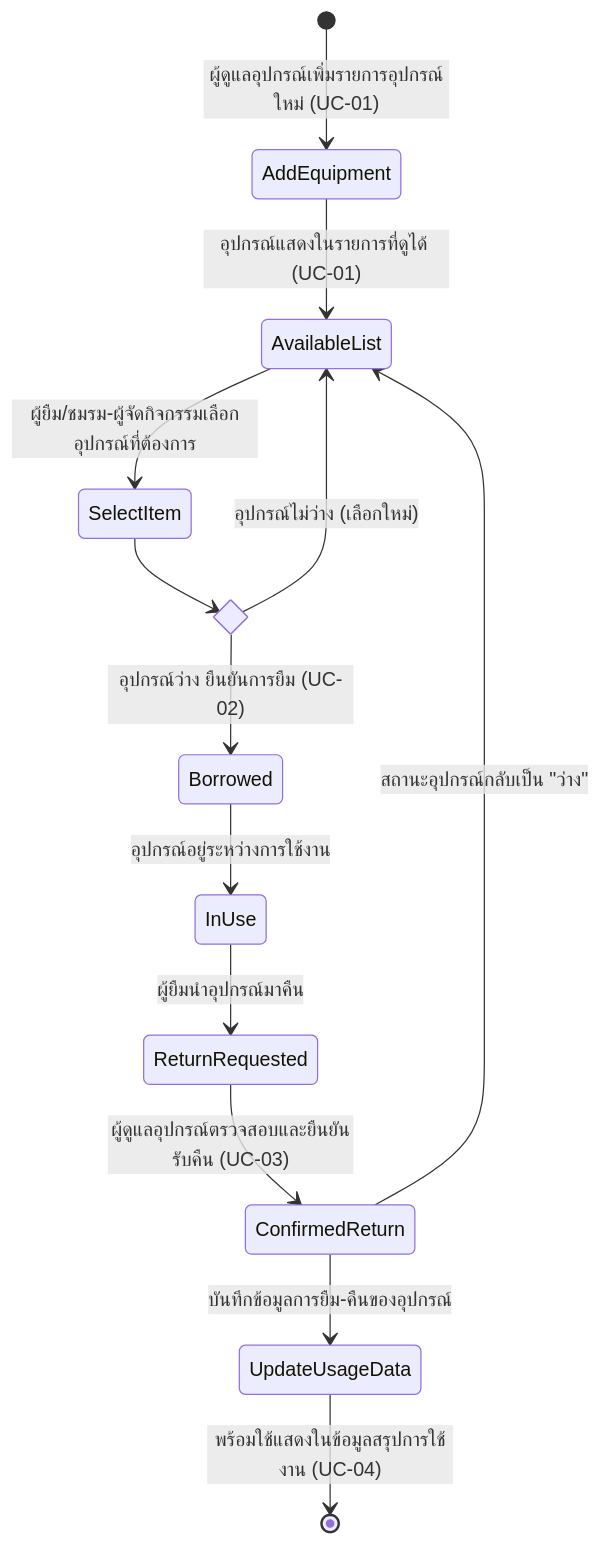
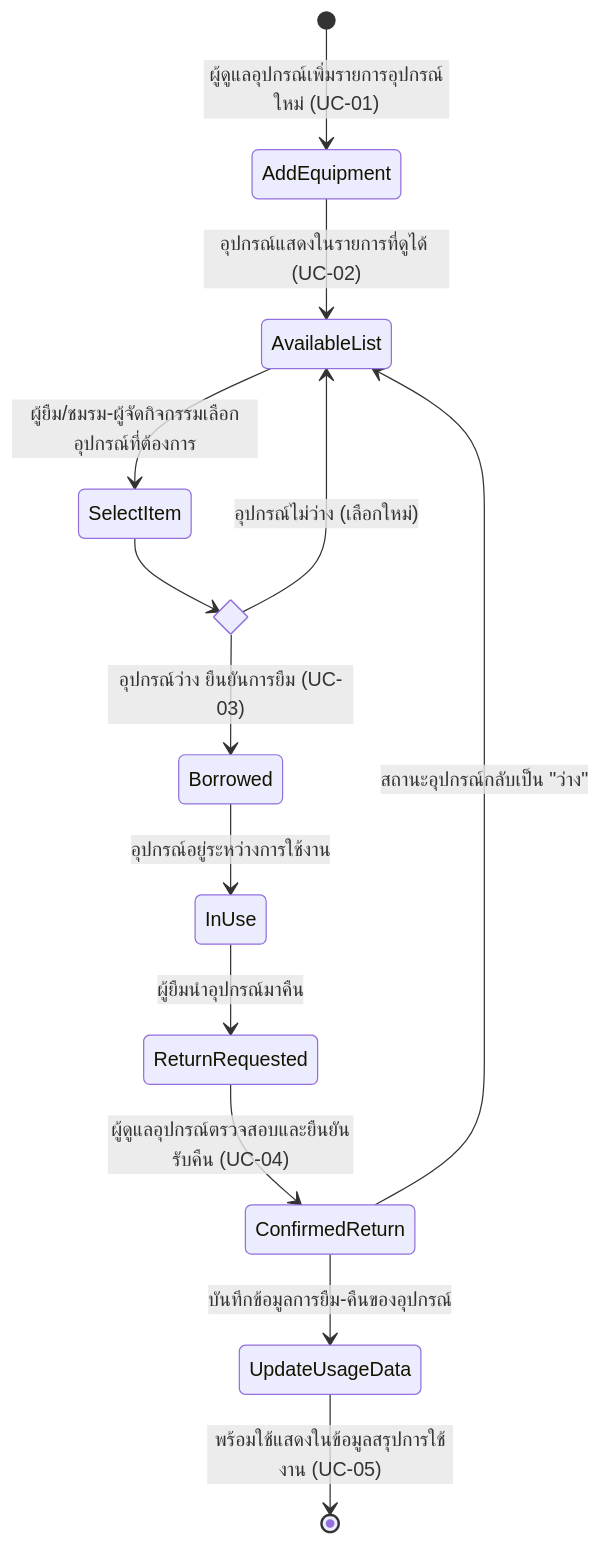
Before and after one commit to sinrawat/ENGSE206-Group08-sports-equipment-borrowing: the diagram in docs/06-requirement-models-v2.md, drawn with Mermaid. The commit also changed other lines of this file and 14 other files, not shown here.

````diff
--- a/docs/06-requirement-models-v2.md
+++ b/docs/06-requirement-models-v2.md
@@ -144,21 +157,21 @@
 ```mermaid
 stateDiagram-v2
     [*] --> AddEquipment: ผู้ดูแลอุปกรณ์เพิ่มรายการอุปกรณ์ใหม่ (UC-01)
-    AddEquipment --> AvailableList: อุปกรณ์แสดงในรายการที่ดูได้ (UC-01)
+    AddEquipment --> AvailableList: อุปกรณ์แสดงในรายการที่ดูได้ (UC-02)
 
     AvailableList --> SelectItem: ผู้ยืม/ชมรม-ผู้จัดกิจกรรมเลือกอุปกรณ์ที่ต้องการ
 
     state IsAvailable <<choice>>
     SelectItem --> IsAvailable
     IsAvailable --> AvailableList: อุปกรณ์ไม่ว่าง (เลือกใหม่)
-    IsAvailable --> Borrowed: อุปกรณ์ว่าง ยืนยันการยืม (UC-02)
+    IsAvailable --> Borrowed: อุปกรณ์ว่าง ยืนยันการยืม (UC-03)
 
     Borrowed --> InUse: อุปกรณ์อยู่ระหว่างการใช้งาน
 
     InUse --> ReturnRequested: ผู้ยืมนำอุปกรณ์มาคืน
-    ReturnRequested --> ConfirmedReturn: ผู้ดูแลอุปกรณ์ตรวจสอบและยืนยันรับคืน (UC-03)
+    ReturnRequested --> ConfirmedReturn: ผู้ดูแลอุปกรณ์ตรวจสอบและยืนยันรับคืน (UC-04)
     ConfirmedReturn --> AvailableList: สถานะอุปกรณ์กลับเป็น "ว่าง"
 
     ConfirmedReturn --> UpdateUsageData: บันทึกข้อมูลการยืม-คืนของอุปกรณ์
-    UpdateUsageData --> [*]: พร้อมใช้แสดงในข้อมูลสรุปการใช้งาน (UC-04)
+    UpdateUsageData --> [*]: พร้อมใช้แสดงในข้อมูลสรุปการใช้งาน (UC-05)
 ```
````
